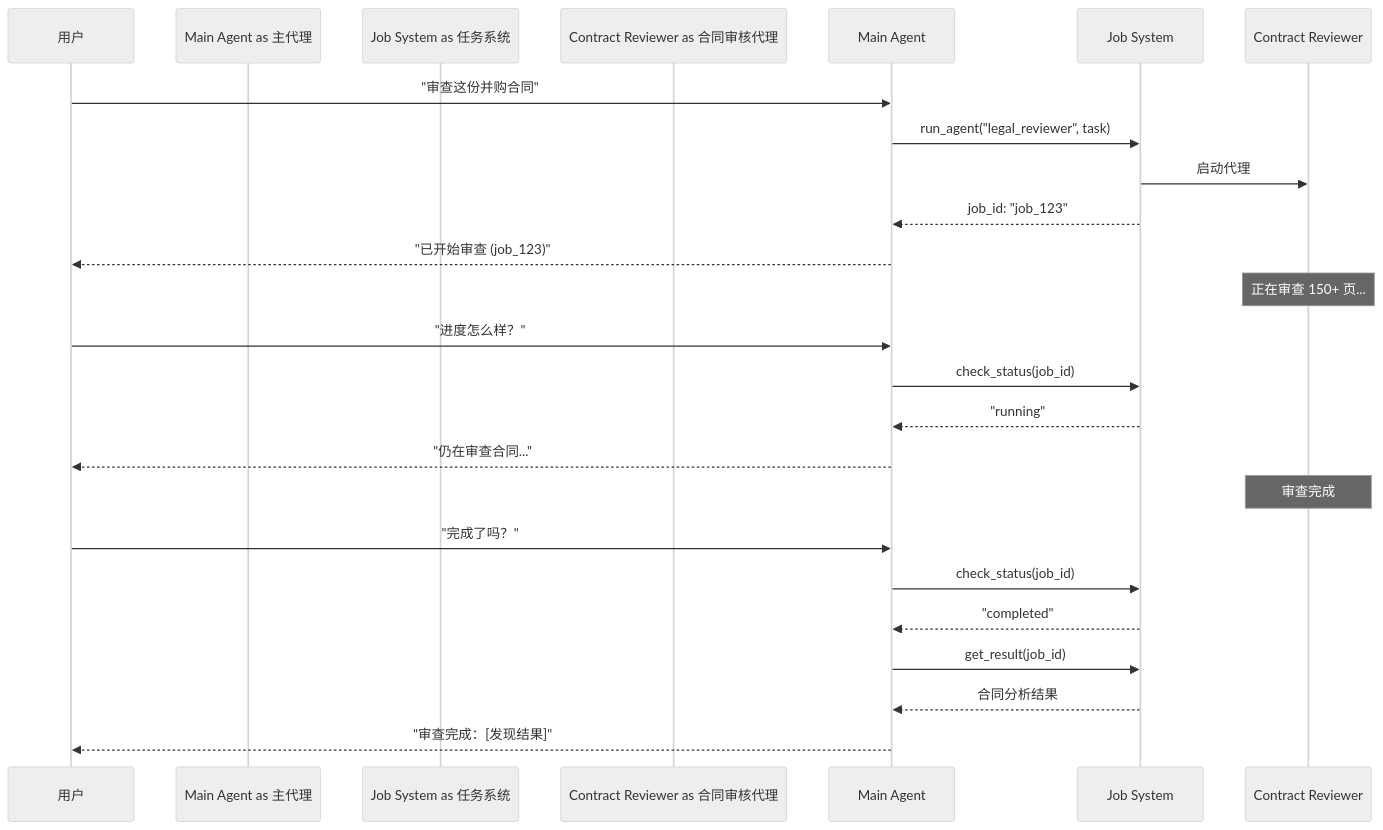
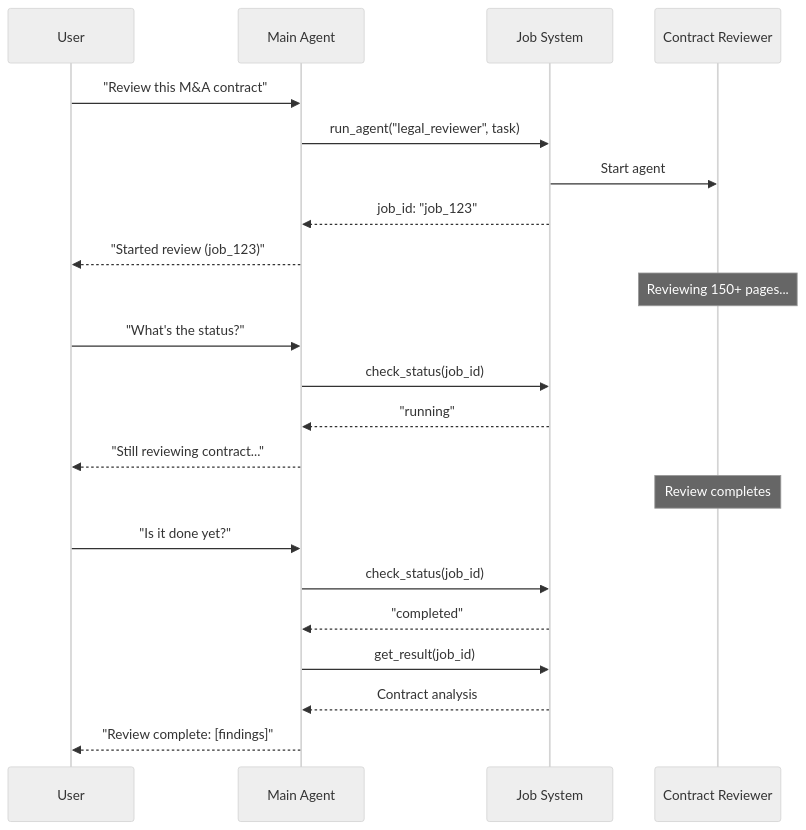
One commit to kunfan96/cndocs-langchain changed the third of 5 diagrams in oss/python/langchain/multi-agent/subagents.mdx. Above: the diagram before and after it, drawn with Mermaid (neutral theme). The commit also changed other lines of this file and 2611 other files, not shown here.

````diff
--- a/oss/python/langchain/multi-agent/subagents.mdx
+++ b/oss/python/langchain/multi-agent/subagents.mdx
@@ -126,29 +132,29 @@
 ```mermaid
 sequenceDiagram
-    participant User as 用户
-    participant Main Agent as 主代理
-    participant Job System as 任务系统
-    participant Contract Reviewer as 合同审核代理
+    participant User
+    participant Main Agent
+    participant Job System
+    participant Contract Reviewer
 
-    User->>Main Agent: "审查这份并购合同"
+    User->>Main Agent: "Review this M&A contract"
     Main Agent->>Job System: run_agent("legal_reviewer", task)
-    Job System->>Contract Reviewer: 启动代理
+    Job System->>Contract Reviewer: Start agent
     Job System-->>Main Agent: job_id: "job_123"
-    Main Agent-->>User: "已开始审查 (job_123)"
+    Main Agent-->>User: "Started review (job_123)"
 
-    Note over Contract Reviewer: 正在审查 150+ 页...
+    Note over Contract Reviewer: Reviewing 150+ pages...
 
-    User->>Main Agent: "进度怎么样？"
+    User->>Main Agent: "What's the status?"
     Main Agent->>Job System: check_status(job_id)
     Job System-->>Main Agent: "running"
-    Main Agent-->>User: "仍在审查合同..."
+    Main Agent-->>User: "Still reviewing contract..."
 
-    Note over Contract Reviewer: 审查完成
+    Note over Contract Reviewer: Review completes
 
-    User->>Main Agent: "完成了吗？"
+    User->>Main Agent: "Is it done yet?"
     Main Agent->>Job System: check_status(job_id)
     Job System-->>Main Agent: "completed"
     Main Agent->>Job System: get_result(job_id)
-    Job System-->>Main Agent: 合同分析结果
-    Main Agent-->>User: "审查完成：[发现结果]"
+    Job System-->>Main Agent: Contract analysis
+    Main Agent-->>User: "Review complete: [findings]"
 ```
````
